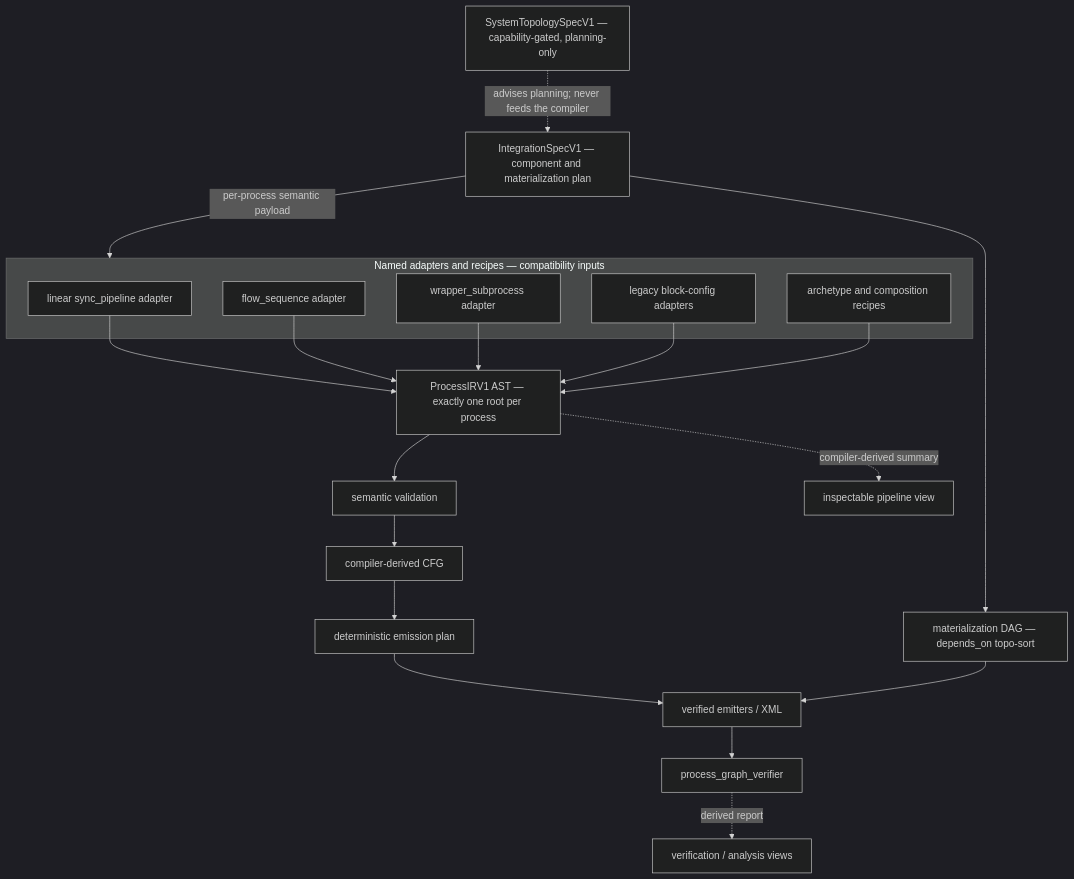
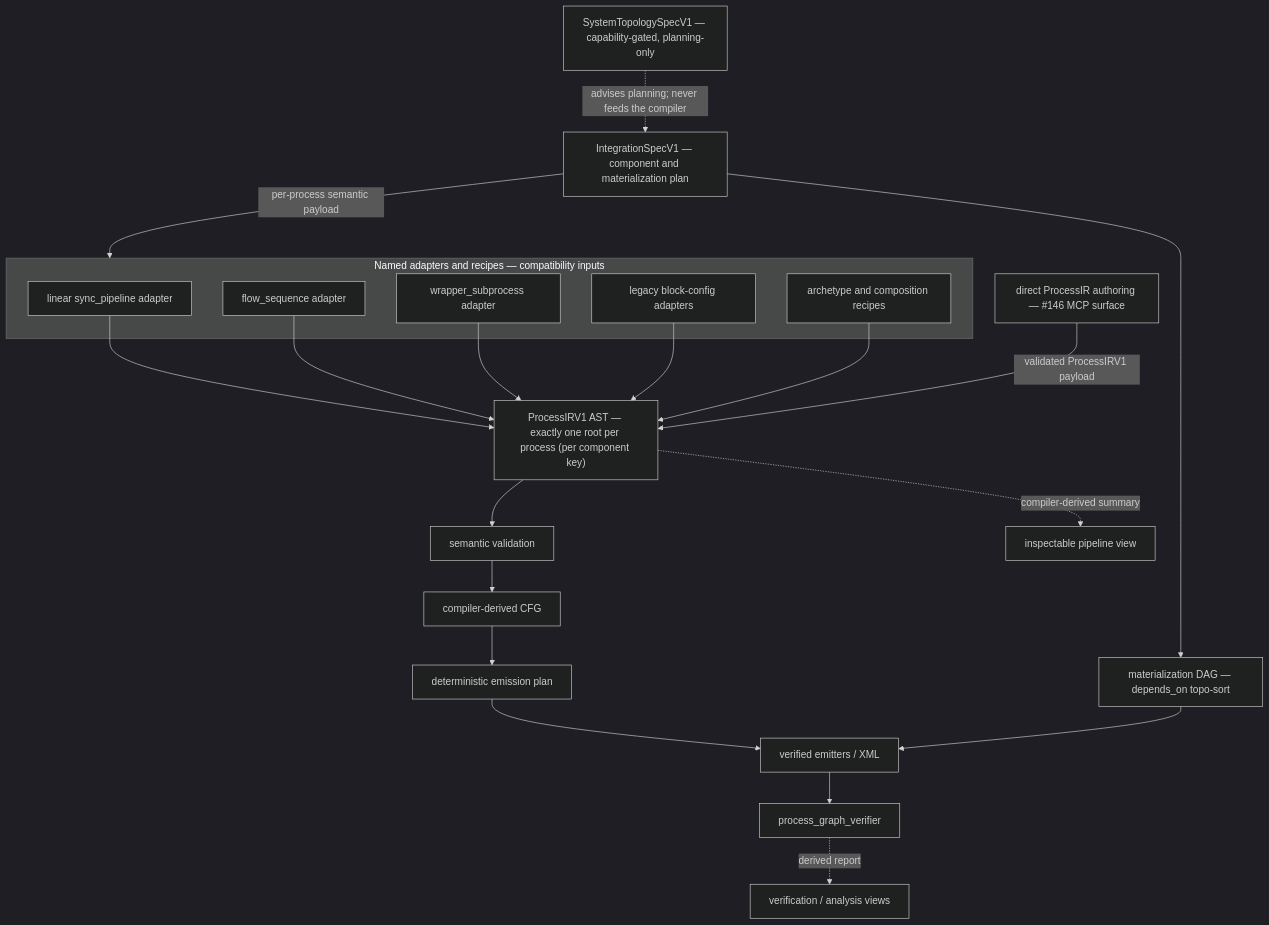
The second of 3 diagrams in docs/architecture/ADR-001-process-ir-authority.md (RenEra-ai/boomi-mcp-server), drawn with Mermaid (dark theme) before and after one commit. The commit also changed other lines of this file and 3 other files, not shown here.

Commit message:
Review: error-family introducers, full DAG direct edges, direct-ingress lane, flow_sequence legacy→#139, byte-parity gate, zero-process freeze pin (#135)

````diff
--- a/docs/architecture/ADR-001-process-ir-authority.md
+++ b/docs/architecture/ADR-001-process-ir-authority.md
@@ -105,30 +105,31 @@
 ```mermaid
 flowchart TD
     subgraph ADAPTERS["Named adapters and recipes — compatibility inputs"]
         AD1["linear sync_pipeline adapter"]
         AD2["flow_sequence adapter"]
         AD3["wrapper_subprocess adapter"]
         AD4["legacy block-config adapters"]
         AD5["archetype and composition recipes"]
     end
 
     SPEC["IntegrationSpecV1 — component and materialization plan"] -->|"per-process semantic payload"| ADAPTERS
     SPEC --> MAT["materialization DAG — depends_on topo-sort"]
 
     AD1 --> IR
     AD2 --> IR
     AD3 --> IR
     AD4 --> IR
     AD5 --> IR
+    DIRECT["direct ProcessIR authoring — #146 MCP surface"] -->|"validated ProcessIRV1 payload"| IR
 
-    IR["ProcessIRV1 AST — exactly one root per process"] --> VAL["semantic validation"]
+    IR["ProcessIRV1 AST — exactly one root per process (per component key)"] --> VAL["semantic validation"]
     VAL --> CFG["compiler-derived CFG"]
     CFG --> EPLAN["deterministic emission plan"]
     EPLAN --> EMIT["verified emitters / XML"]
     MAT --> EMIT
     EMIT --> VER["process_graph_verifier"]
 
     IR -.->|"compiler-derived summary"| VIEW["inspectable pipeline view"]
     VER -.->|"derived report"| REPORT["verification / analysis views"]
     TOPO["SystemTopologySpecV1 — capability-gated, planning-only"] -.->|"advises planning; never feeds the compiler"| SPEC
 ```
````
